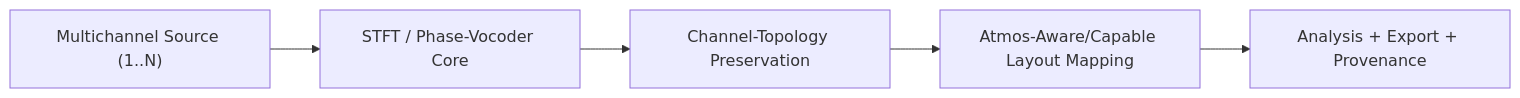
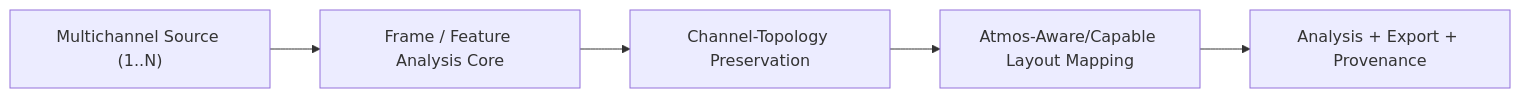
Before and after one commit to TheColby/ecoSignalLab: the seventh of 10 diagrams in ARCHITECTURE.md, drawn with Mermaid. The commit also changed other lines of this file and 6 other files, not shown here.

````diff
--- a/ARCHITECTURE.md
+++ b/ARCHITECTURE.md
@@ -172,7 +172,7 @@
 ```mermaid
 flowchart LR
-    A["Multichannel Source (1..N)"] --> B["STFT / Phase-Vocoder Core"]
+    A["Multichannel Source (1..N)"] --> B["Frame / Feature Analysis Core"]
     B --> C["Channel-Topology Preservation"]
     C --> D["Atmos-Aware/Capable Layout Mapping"]
     D --> E["Analysis + Export + Provenance"]
 ```
````
